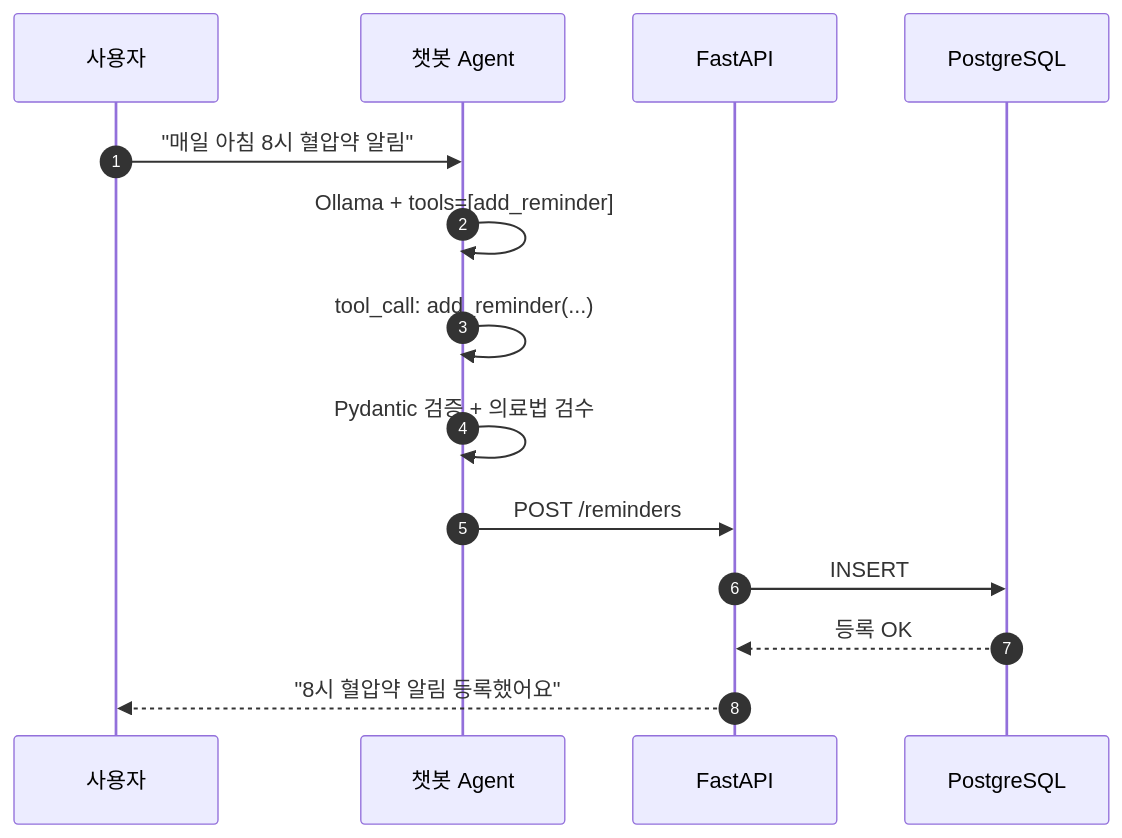
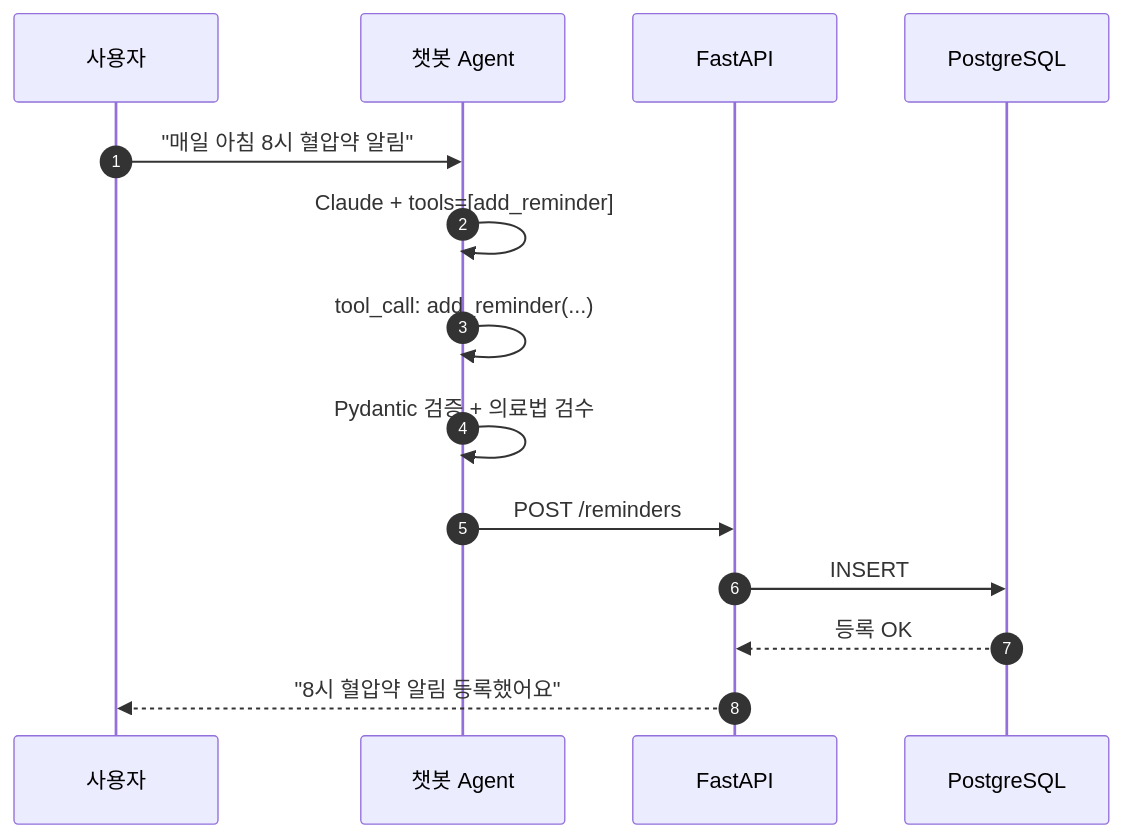
Before and after one commit to Lemon-Aid-KDT/Lemon-sin: the seventh of 12 diagrams in PROJECT_GUIDE.md, drawn with Mermaid. The commit also changed other lines of this file and 1 other file, not shown here.

````diff
--- a/PROJECT_GUIDE.md
+++ b/PROJECT_GUIDE.md
@@ -1037,17 +870,17 @@
 ```mermaid
 sequenceDiagram
     autonumber
     participant U as 사용자
     participant CA as 챗봇 Agent
     participant API as FastAPI
     participant DB as PostgreSQL
 
     U->>CA: "매일 아침 8시 혈압약 알림"
-    CA->>CA: Ollama + tools=[add_reminder]
+    CA->>CA: Claude + tools=[add_reminder]
     CA->>CA: tool_call: add_reminder(...)
     CA->>CA: Pydantic 검증 + 의료법 검수
     CA->>API: POST /reminders
     API->>DB: INSERT
     DB-->>API: 등록 OK
     API-->>U: "8시 혈압약 알림 등록했어요"
 ```
````
